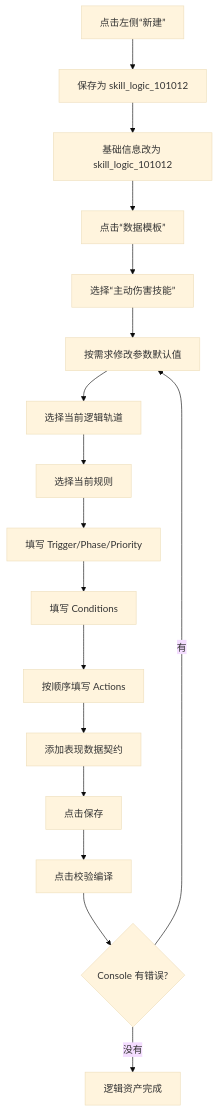
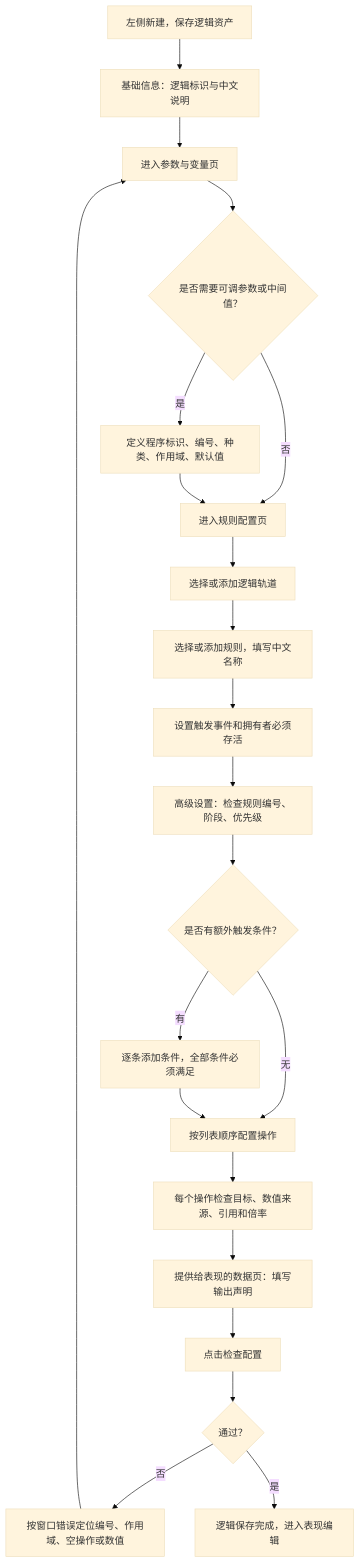
One commit to liuxiuyang0926-bit/LxyProject changed the third of 13 diagrams in Packages/LxyGame/LxyGame.Logic/Documentation~/TurnBasedSkillAuthoringGuide.md. Above: the diagram before and after it, drawn with Mermaid (base theme). The commit also changed other lines of this file and 45 other files, not shown here.

````diff
--- a/Packages/LxyGame/LxyGame.Logic/Documentation~/TurnBasedSkillAuthoringGuide.md
+++ b/Packages/LxyGame/LxyGame.Logic/Documentation~/TurnBasedSkillAuthoringGuide.md
@@ -105,19 +173,24 @@
-```mermaid
+~~~mermaid
 flowchart TD
-    A[点击左侧“新建”] --> B[保存为 skill_logic_101012]
-    B --> C[基础信息改为 skill_logic_101012]
-    C --> D[点击“数据模板”]
-    D --> E[选择“主动伤害技能”]
-    E --> F[按需求修改参数默认值]
-    F --> G[选择当前逻辑轨道]
-    G --> H[选择当前规则]
-    H --> I[填写 Trigger/Phase/Priority]
-    I --> J[填写 Conditions]
-    J --> K[按顺序填写 Actions]
-    K --> L[添加表现数据契约]
-    L --> M[点击保存]
-    M --> N[点击校验编译]
-    N --> O{Console 有错误?}
-    O -- 有 --> F
-    O -- 没有 --> P[逻辑资产完成]
-```
+    A["左侧新建，保存逻辑资产"] --> B["基础信息：逻辑标识与中文说明"]
+    B --> C["进入参数与变量页"]
+    C --> D{"是否需要可调参数或中间值？"}
+    D -- 是 --> E["定义程序标识、编号、种类、作用域、默认值"]
+    D -- 否 --> F["进入规则配置页"]
+    E --> F
+    F --> G["选择或添加逻辑轨道"]
+    G --> H["选择或添加规则，填写中文名称"]
+    H --> I["设置触发事件和拥有者必须存活"]
+    I --> J["高级设置：检查规则编号、阶段、优先级"]
+    J --> K{"是否有额外触发条件？"}
+    K -- 有 --> L["逐条添加条件，全部条件必须满足"]
+    K -- 无 --> M["按列表顺序配置操作"]
+    L --> M
+    M --> N["每个操作检查目标、数值来源、引用和倍率"]
+    N --> O["提供给表现的数据页：填写输出声明"]
+    O --> P["点击检查配置"]
+    P --> Q{"通过？"}
+    Q -- 否 --> R["按窗口错误定位编号、作用域、空操作或数值"]
+    R --> C
+    Q -- 是 --> S["逻辑保存完成，进入表现编辑"]
+~~~
````
